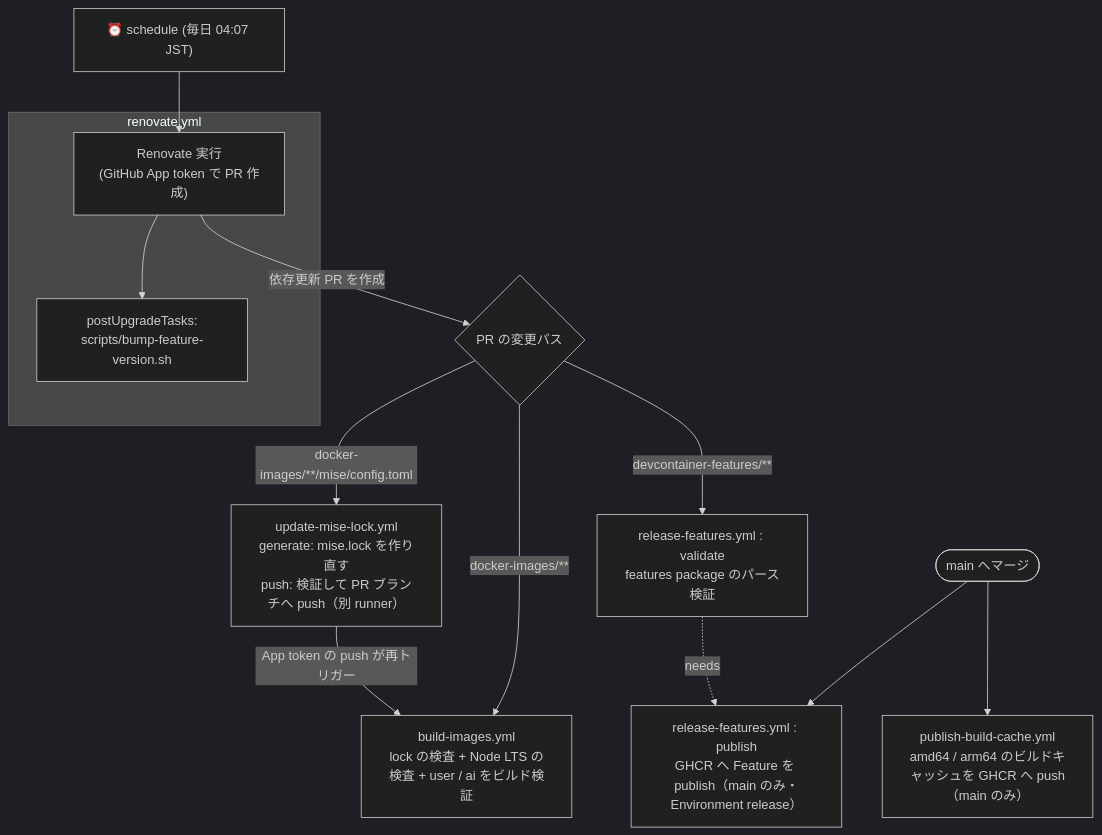
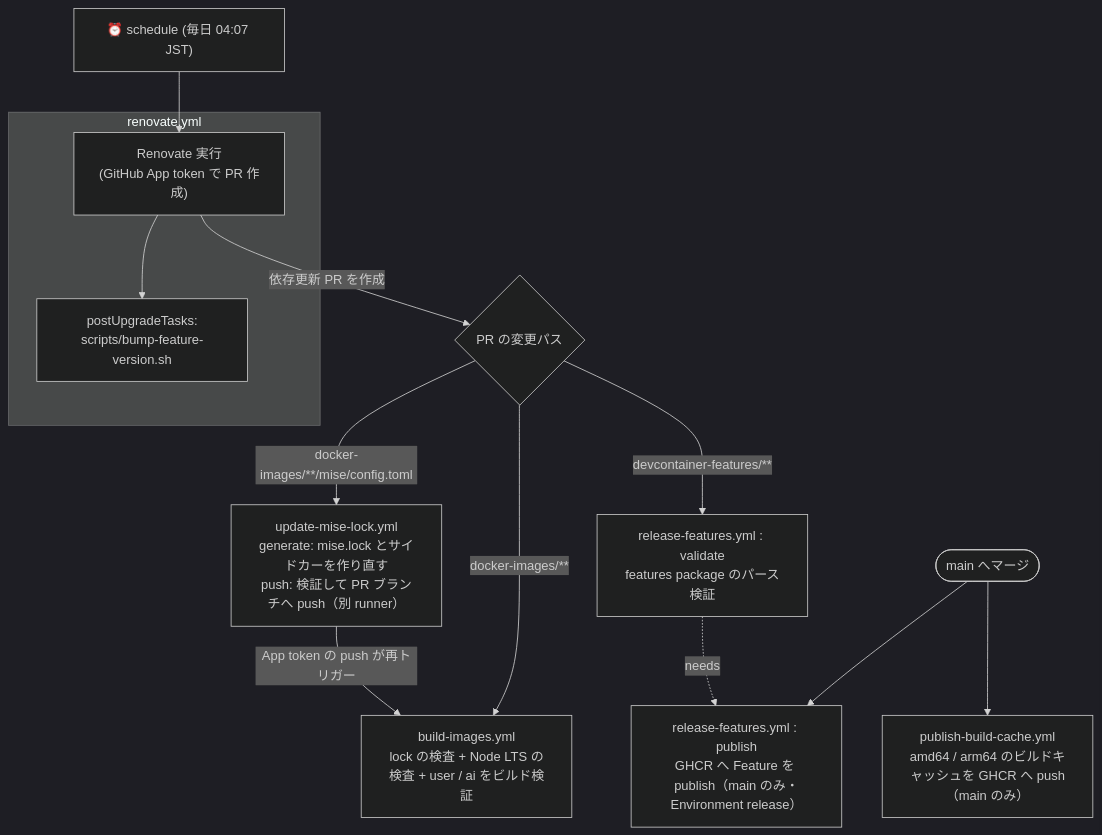
Before and after one commit to Diiva-Szk/devcontainer-env-core: the diagram in docs/MAINTAINING.md, drawn with Mermaid (dark theme). The commit also changed other lines of this file and 11 other files, not shown here.

First line of the commit message:
feat(docker-images): ai に rulesync と Playwright CLI を入れる

````diff
--- a/docs/MAINTAINING.md
+++ b/docs/MAINTAINING.md
@@ -148,22 +151,22 @@
 ```mermaid
 flowchart TD
     cron["⏰ schedule (毎日 04:07 JST)"] --> renovate
 
     subgraph renovate_wf["renovate.yml"]
         renovate["Renovate 実行<br/>(GitHub App token で PR 作成)"]
         bump["postUpgradeTasks:<br/>scripts/bump-feature-version.sh"]
         renovate --> bump
     end
 
     renovate -->|依存更新 PR を作成| PR{"PR の変更パス"}
 
     PR -->|"docker-images/**"| build["build-images.yml<br/>lock の検査 + Node LTS の検査 + user / ai をビルド検証"]
-    PR -->|"docker-images/**/mise/config.toml"| lock["update-mise-lock.yml<br/>generate: mise.lock を作り直す<br/>push: 検証して PR ブランチへ push（別 runner）"]
+    PR -->|"docker-images/**/mise/config.toml"| lock["update-mise-lock.yml<br/>generate: mise.lock とサイドカーを作り直す<br/>push: 検証して PR ブランチへ push（別 runner）"]
     PR -->|"devcontainer-features/**"| validate["release-features.yml : validate<br/>features package のパース検証"]
 
     lock -->|"App token の push が再トリガー"| build
 
     merge(["main へマージ"]) --> publish["release-features.yml : publish<br/>GHCR へ Feature を publish（main のみ・Environment release）"]
     merge --> cache["publish-build-cache.yml<br/>amd64 / arm64 のビルドキャッシュを GHCR へ push（main のみ）"]
     validate -. "needs" .-> publish
 ```
````
